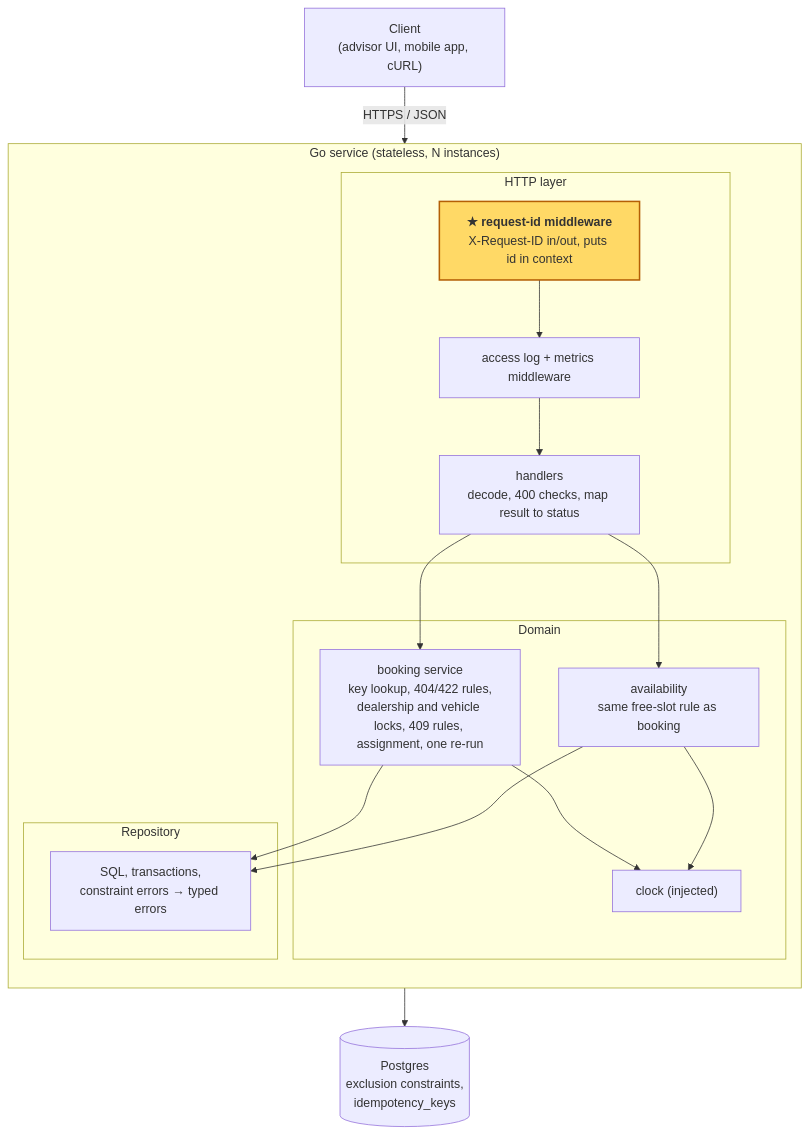
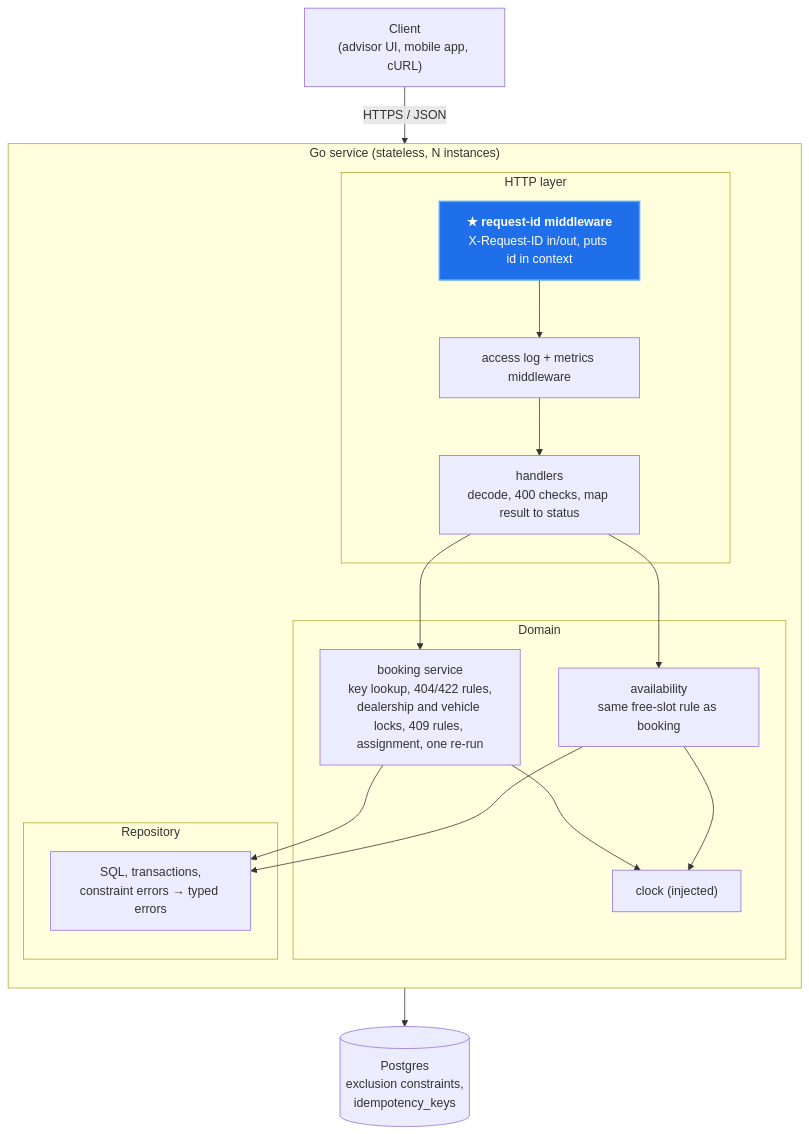
One commit to vumanhcuongit/service-bay-scheduler changed the first of 2 diagrams in docs/design.md. Above: the diagram before and after it, drawn with Mermaid.

````diff
--- a/docs/design.md
+++ b/docs/design.md
@@ -32,36 +32,36 @@
 ```mermaid
 flowchart TB
     client["Client<br/>(advisor UI, mobile app, cURL)"]
 
     subgraph svc["Go service (stateless, N instances)"]
         direction TB
         subgraph http["HTTP layer"]
             rid["<b>★ request-id middleware</b><br/>X-Request-ID in/out, puts id in context"]
             acc["access log + metrics middleware"]
             h["handlers<br/>decode, 400 checks, map result to status"]
             rid --> acc --> h
         end
         subgraph domain["Domain"]
             book["booking service<br/>key lookup, 404/422 rules,<br/>dealership and vehicle locks, 409 rules, assignment, one re-run"]
             avail["availability<br/>same free-slot rule as booking"]
             clock["clock (injected)"]
         end
         subgraph repository["Repository"]
             repo["SQL, transactions,<br/>constraint errors → typed errors"]
         end
         h --> book
         h --> avail
         book --> clock
         avail --> clock
         book --> repo
         avail --> repo
     end
 
     pg[("Postgres<br/>exclusion constraints,<br/>idempotency_keys")]
 
     client -->|HTTPS / JSON| rid
     repo --> pg
 
-    classDef marked fill:#ffd966,stroke:#b45f06,stroke-width:2px
+    classDef marked fill:#1f6feb,stroke:#58a6ff,stroke-width:2px,color:#ffffff
     class rid marked
 ```
````
